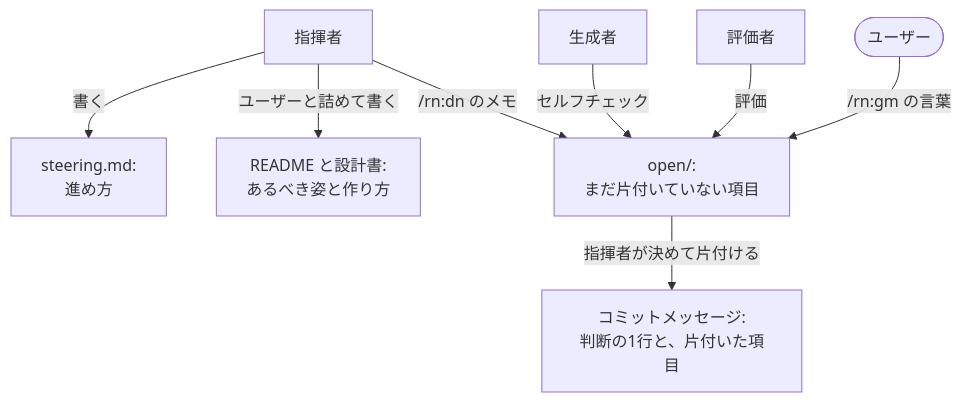
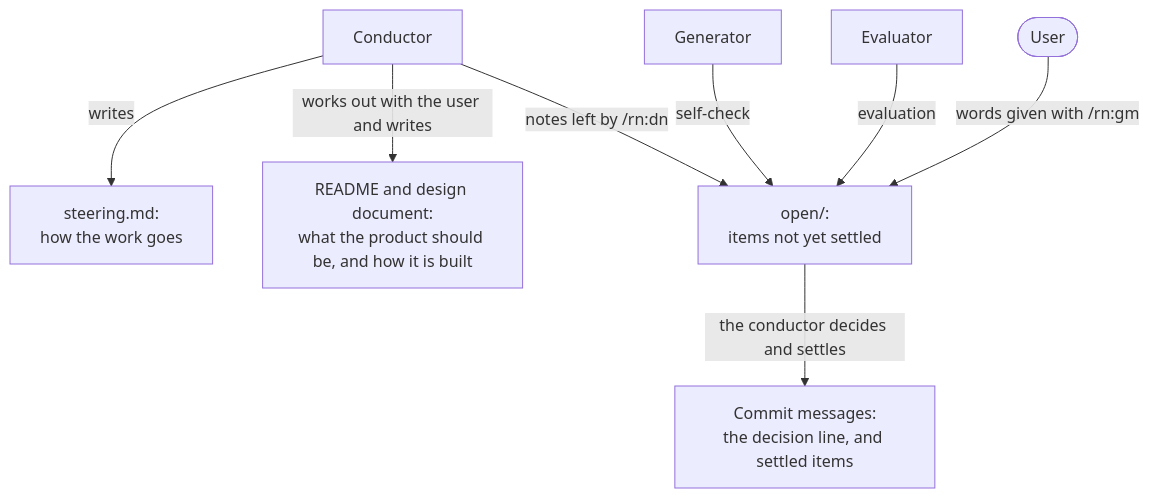
Before and after one commit to lovaizu/ccpm: the fifth of 5 diagrams in rn/docs/design.md, drawn with Mermaid. The commit also changed other lines of this file and 2 other files, not shown here.

Commit message:
docs(rn): README, design document, and CHANGELOG back in English now that the design is settled

````diff
--- a/rn/docs/design.md
+++ b/rn/docs/design.md
@@ -151,18 +218,18 @@
 ```mermaid
 flowchart TD
-    U(["ユーザー"])
-    C["指揮者"]
-    G["生成者"]
-    E["評価者"]
-    S["steering.md:<br/>進め方"]
-    RD["README と設計書:<br/>あるべき姿と作り方"]
-    O["open/:<br/>まだ片付いていない項目"]
-    M["コミットメッセージ:<br/>判断の1行と、片付いた項目"]
-    C -->|"書く"| S
-    C -->|"ユーザーと詰めて書く"| RD
-    G -->|"セルフチェック"| O
-    E -->|"評価"| O
-    U -->|"/rn:gm の言葉"| O
-    C -->|"/rn:dn のメモ"| O
-    O -->|"指揮者が決めて片付ける"| M
+    U(["User"])
+    C["Conductor"]
+    G["Generator"]
+    E["Evaluator"]
+    S["steering.md:<br/>how the work goes"]
+    RD["README and design document:<br/>what the product should be, and how it is built"]
+    O["open/:<br/>items not yet settled"]
+    M["Commit messages:<br/>the decision line, and settled items"]
+    C -->|"writes"| S
+    C -->|"works out with the user and writes"| RD
+    G -->|"self-check"| O
+    E -->|"evaluation"| O
+    U -->|"words given with /rn:gm"| O
+    C -->|"notes left by /rn:dn"| O
+    O -->|"the conductor decides and settles"| M
 ```
````
